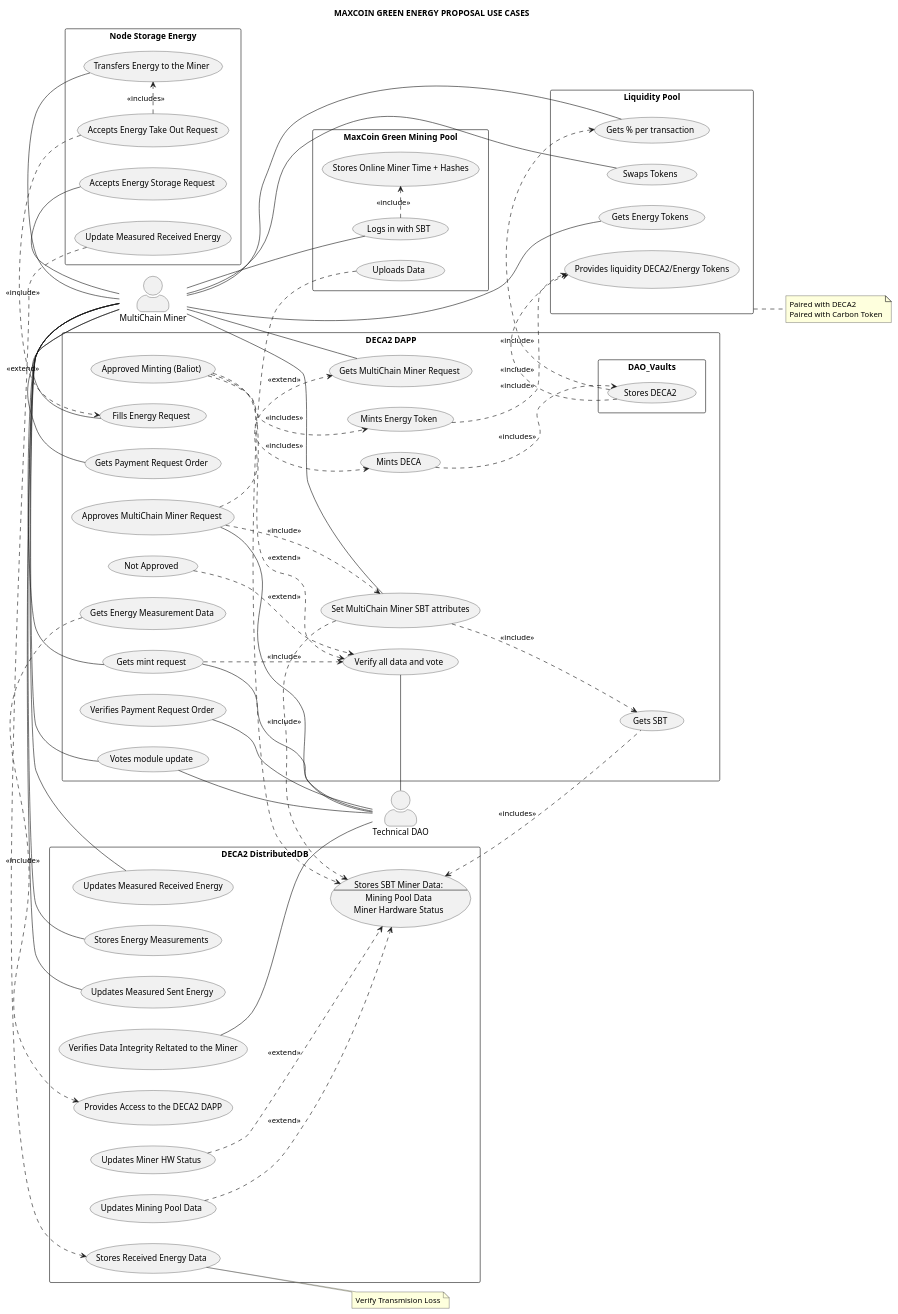
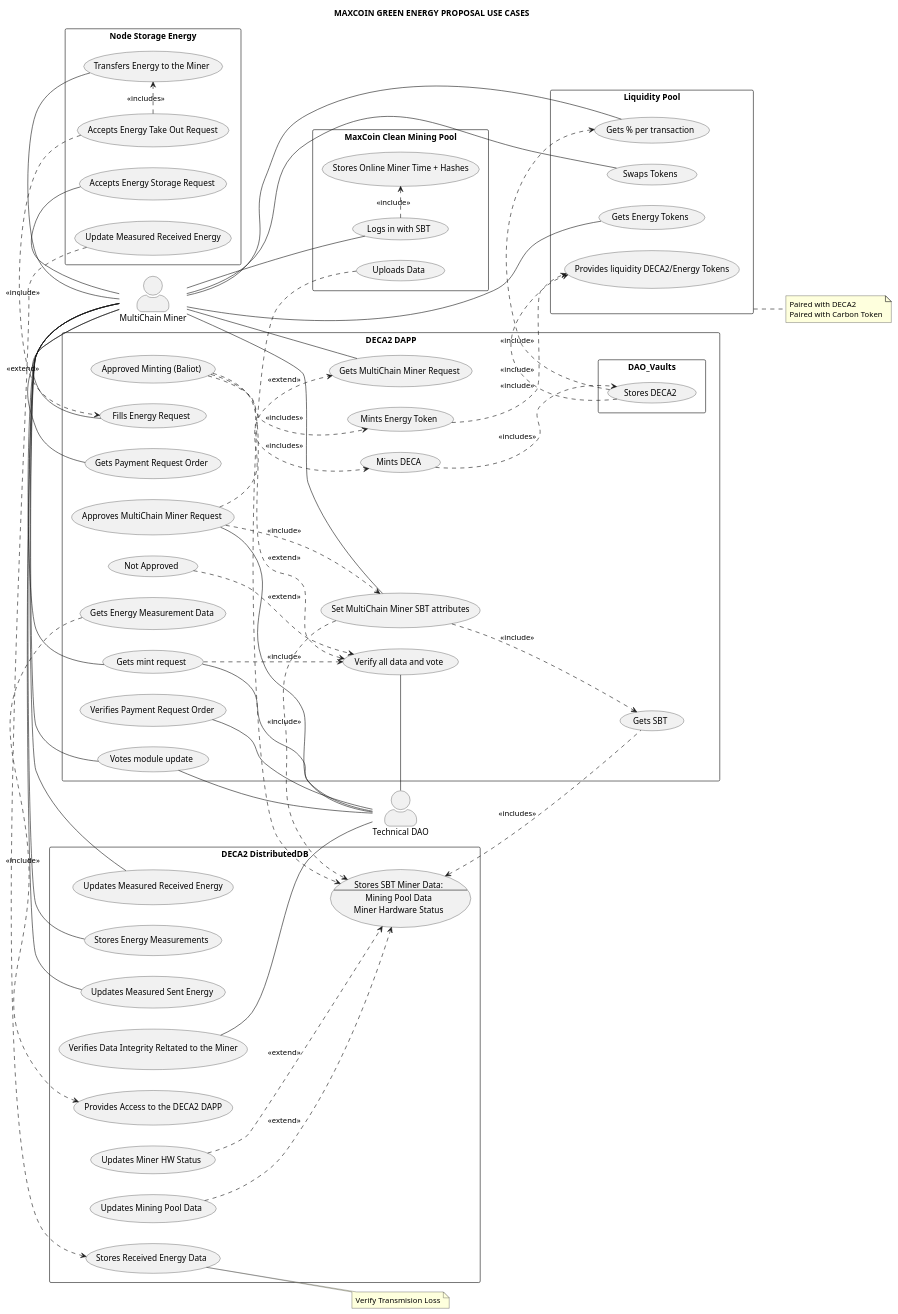
Before and after one commit to DECENTRALIZEDCLIMATE/MaxCoinGreenEnergy: the first of 2 diagrams in MaxGreenPoW/MAXCOIN_GREEN_ENERGY_PROPOSAL.md, drawn with PlantUML. The commit also changed other lines of this file, not shown here.

```diff
--- a/MaxGreenPoW/MAXCOIN_GREEN_ENERGY_PROPOSAL.md
+++ b/MaxGreenPoW/MAXCOIN_GREEN_ENERGY_PROPOSAL.md
@@ -122,7 +376,7 @@
 NSE2 .> ODB3 : <<include>>
 NSE3 .> DAPP15: <<extend>>
 
-rectangle "MaxCoin Green Mining Pool" as MMP {
+rectangle "MaxCoin Clean Mining Pool" as MMP {
   usecase "Stores Online Miner Time + Hashes" as MMP1
   usecase "Uploads Data" as MMP2
   usecase "Logs in with SBT" as MMP3
```
